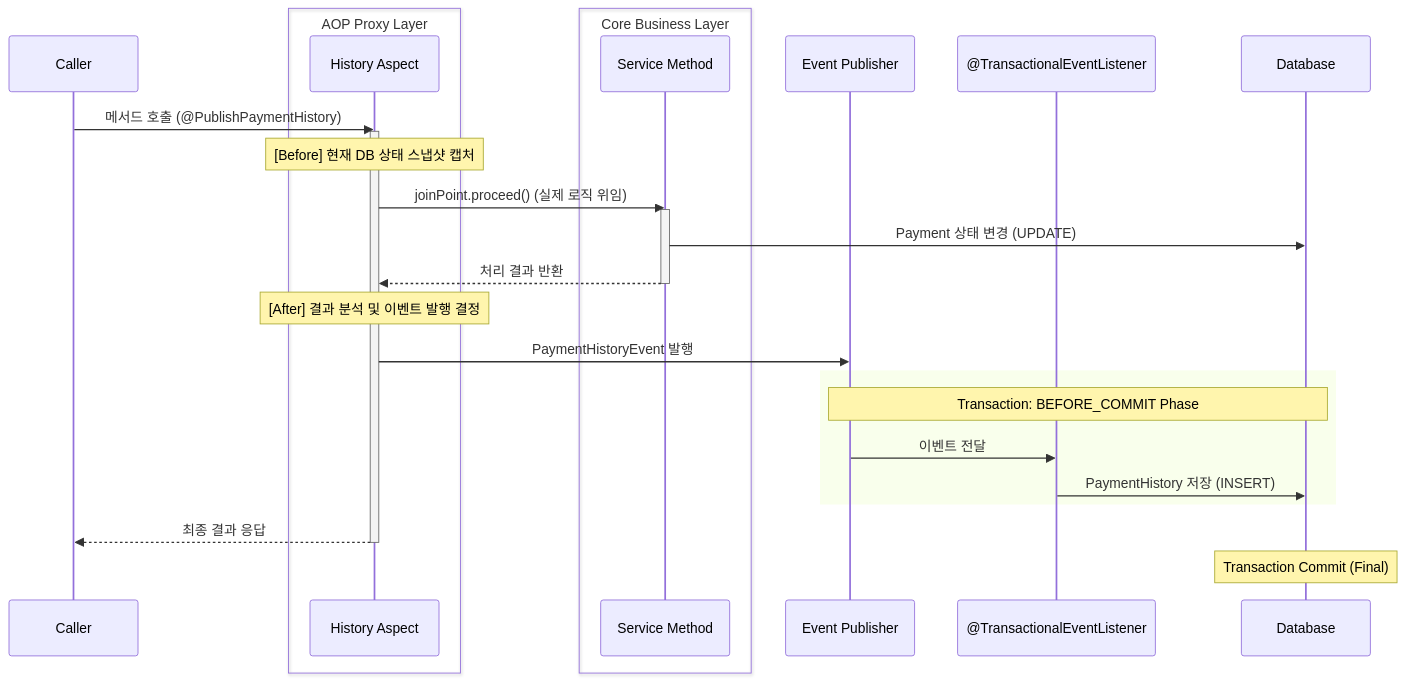
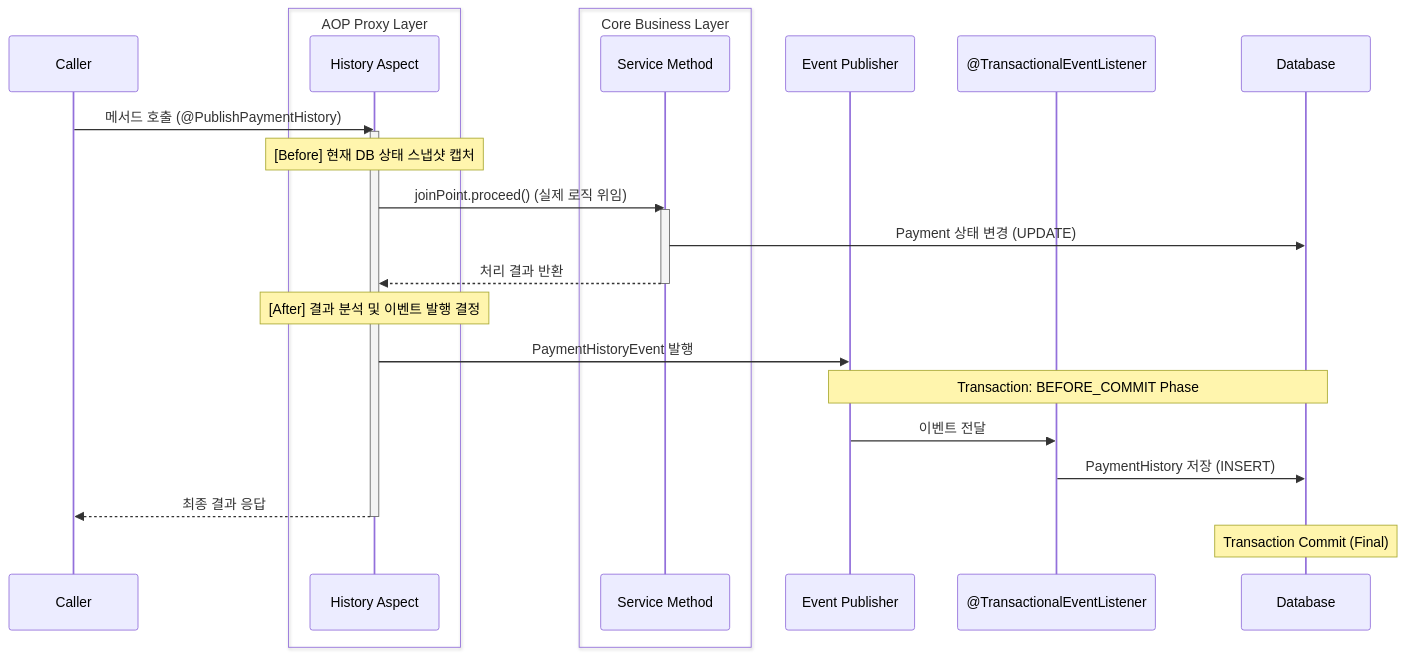
Before and after one commit to hyoguoo/hyoguoo.github.io: the first of 2 diagrams in src/content/docs/blog/payment-history-and-metrics.md, drawn with Mermaid. The commit also changed 8 other files, not shown here.

Commit message:
mod: 가독성을 위한 mermaid 색상 수정

````diff
--- a/src/content/docs/blog/payment-history-and-metrics.md
+++ b/src/content/docs/blog/payment-history-and-metrics.md
@@ -63,33 +63,29 @@
 ```mermaid
 sequenceDiagram
     participant C as Caller
     box AOP Proxy Layer
         participant A as History Aspect
     end
     box Core Business Layer
         participant S as Service Method
     end
     participant E as Event Publisher
     participant L as @TransactionalEventListener
     participant DB as Database
     C ->> A: 메서드 호출 (@PublishPaymentHistory)
     activate A
     Note over A: [Before] 현재 DB 상태 스냅샷 캡처
     A ->> S: joinPoint.proceed() (실제 로직 위임)
     activate S
     S ->> DB: Payment 상태 변경 (UPDATE)
     S -->> A: 처리 결과 반환
     deactivate S
     Note over A: [After] 결과 분석 및 이벤트 발행 결정
     A ->> E: PaymentHistoryEvent 발행
-
-    rect
-        Note over E, DB: Transaction: BEFORE_COMMIT Phase
-        E ->> L: 이벤트 전달
-        L ->> DB: PaymentHistory 저장 (INSERT)
-    end
-
+    Note over E, DB: Transaction: BEFORE_COMMIT Phase
+    E ->> L: 이벤트 전달
+    L ->> DB: PaymentHistory 저장 (INSERT)
     A -->> C: 최종 결과 응답
     deactivate A
     Note over DB: Transaction Commit (Final)
 ```
````
